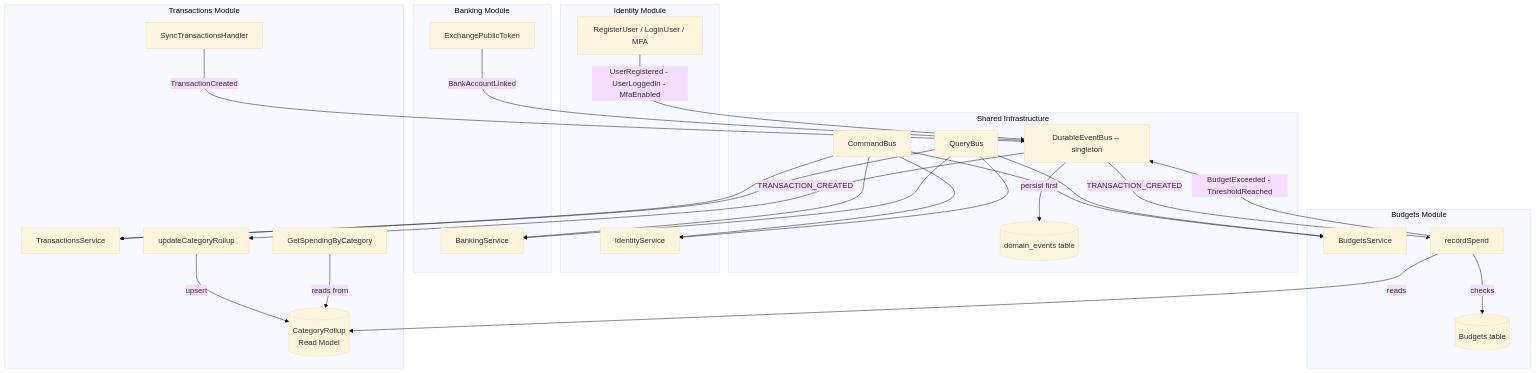
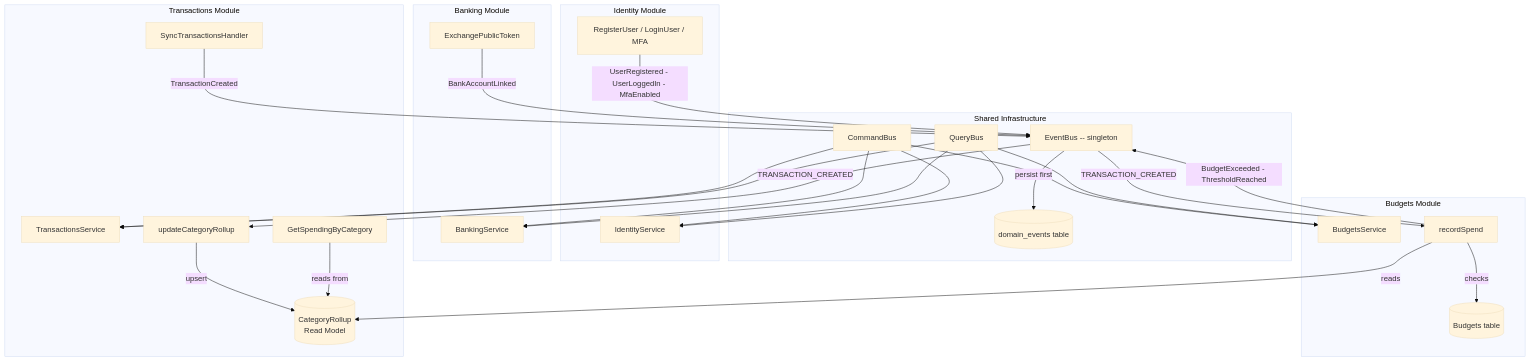
One commit to ctsmith2308/ledger changed the second of 10 diagrams in docs/flows.md. Above: the diagram before and after it, drawn with Mermaid (base theme). The commit also changed other lines of this file and 87 other files, not shown here.

````diff
--- a/docs/flows.md
+++ b/docs/flows.md
@@ -51,45 +51,45 @@
 ```mermaid
 flowchart TB
     subgraph Shared Infrastructure
         CB[CommandBus]
         QB[QueryBus]
-        EB[DurableEventBus -- singleton]
+        EB[EventBus -- singleton]
         ES[(domain_events table)]
         EB -->|persist first| ES
     end
 
     subgraph Identity Module
         IC[IdentityService]
         IR[RegisterUser / LoginUser / MFA]
         IR -->|UserRegistered - UserLoggedIn - MfaEnabled| EB
     end
 
     subgraph Banking Module
         BC[BankingService]
         BR[ExchangePublicToken]
         BR -->|BankAccountLinked| EB
     end
 
     subgraph Transactions Module
         TC[TransactionsService]
         TS[SyncTransactionsHandler]
         TS -->|TransactionCreated| EB
         UR[updateCategoryRollup]
         EB -->|TRANSACTION_CREATED| UR
         UR -->|upsert| RDB[(CategoryRollup<br/>Read Model)]
         GSC[GetSpendingByCategory]
         GSC -->|reads from| RDB
     end
 
     subgraph Budgets Module
         BUC[BudgetsService]
         RSH[recordSpend]
         EB -->|TRANSACTION_CREATED| RSH
         RSH -->|reads| RDB
         RSH -->|checks| BUDA[(Budgets table)]
         RSH -->|BudgetExceeded - ThresholdReached| EB
     end
 
     CB --> IC & BC & TC & BUC
     QB --> IC & BC & TC & BUC
 ```
````
